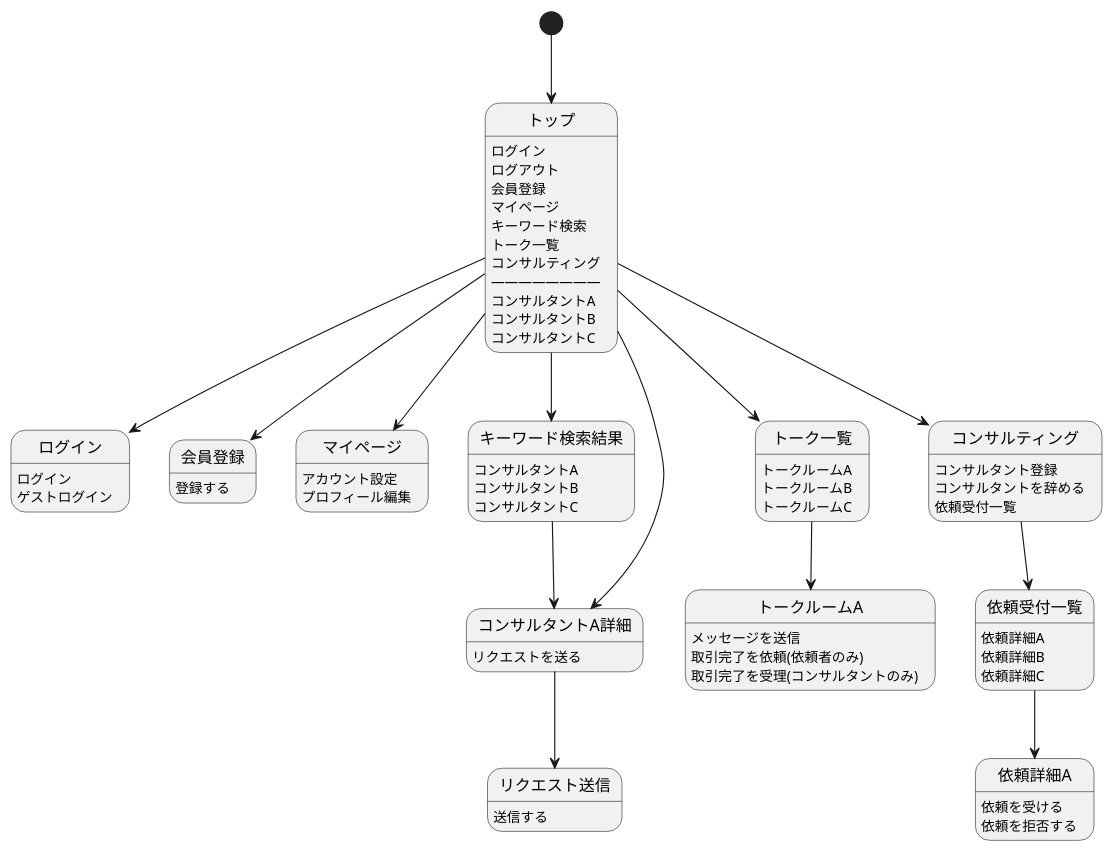
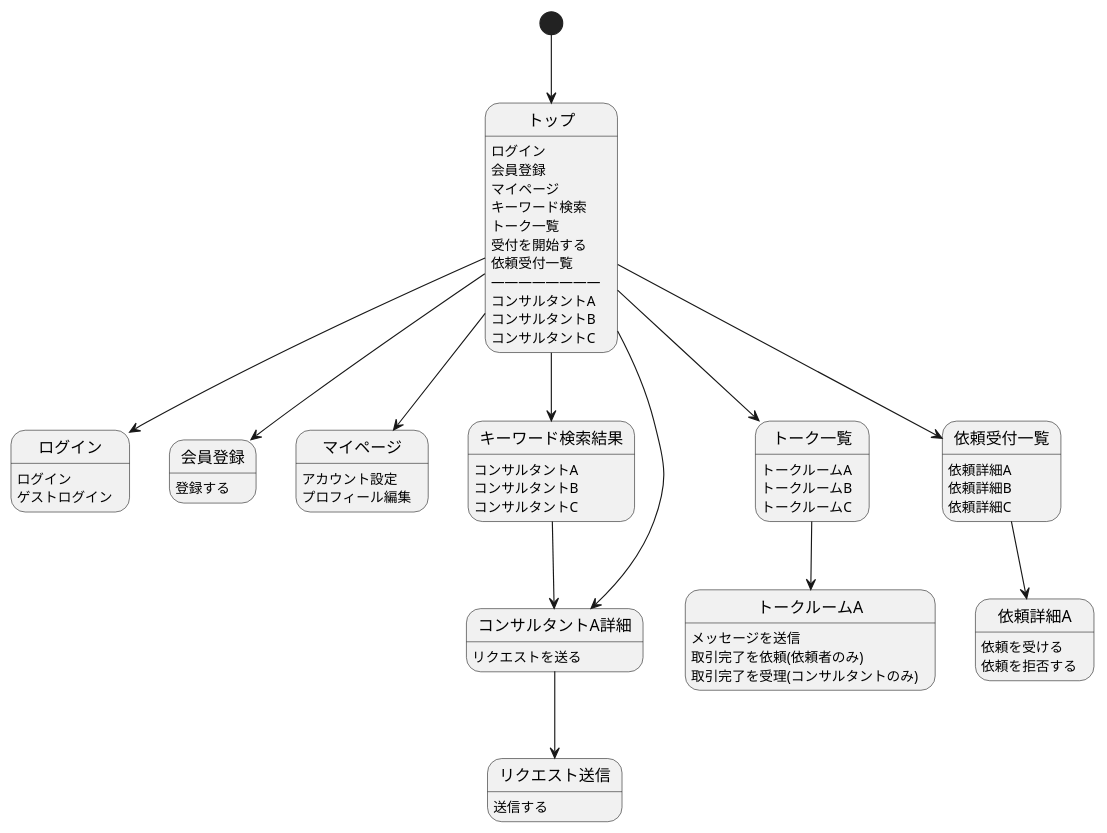
Before and after one commit to nobukofu69/origin-idea: the diagram in documents/screen_flow_diagram.pu, drawn with PlantUML. The commit also changed 2 other files, not shown here.

Commit message:
screen_flow_diagramを修正

```diff
--- a/documents/screen_flow_diagram.pu
+++ b/documents/screen_flow_diagram.pu
@@ -1,63 +1,58 @@
 @startuml
 
 [*] --> トップ
 トップ : ログイン
-トップ : ログアウト
 トップ : 会員登録
 トップ : マイページ
 トップ : キーワード検索
 トップ : トーク一覧
-トップ : コンサルティング
+トップ : 受付を開始する
+トップ : 依頼受付一覧
 トップ : ――――――――
 トップ : コンサルタントA
 トップ : コンサルタントB
 トップ : コンサルタントC
 トップ --> ログイン
 トップ --> 会員登録
 トップ --> マイページ
 トップ --> キーワード検索結果
 トップ --> トーク一覧
-トップ --> コンサルティング
+トップ --> 依頼受付一覧
 トップ --> コンサルタントA詳細
 
 ログイン : ログイン
 ログイン : ゲストログイン
 
 会員登録 : 登録する
 
 マイページ : アカウント設定
 マイページ : プロフィール編集
 
 キーワード検索結果: コンサルタントA
 キーワード検索結果: コンサルタントB
 キーワード検索結果: コンサルタントC
 キーワード検索結果 --> コンサルタントA詳細
 
 コンサルタントA詳細 : リクエストを送る
 コンサルタントA詳細 --> リクエスト送信
 
 リクエスト送信 : 送信する
 
-コンサルティング : コンサルタント登録
-コンサルティング : コンサルタントを辞める
-コンサルティング : 依頼受付一覧
-コンサルティング --> 依頼受付一覧
-
 トーク一覧 :トークルームA
 トーク一覧 :トークルームB
 トーク一覧 :トークルームC
 トーク一覧 --> トークルームA
 
 トークルームA : メッセージを送信
 トークルームA : 取引完了を依頼(依頼者のみ)
 トークルームA : 取引完了を受理(コンサルタントのみ)
 
 依頼受付一覧 : 依頼詳細A
 依頼受付一覧 : 依頼詳細B
 依頼受付一覧 : 依頼詳細C
 依頼受付一覧 --> 依頼詳細A
 
 依頼詳細A : 依頼を受ける
 依頼詳細A : 依頼を拒否する
 
 @enduml
```
